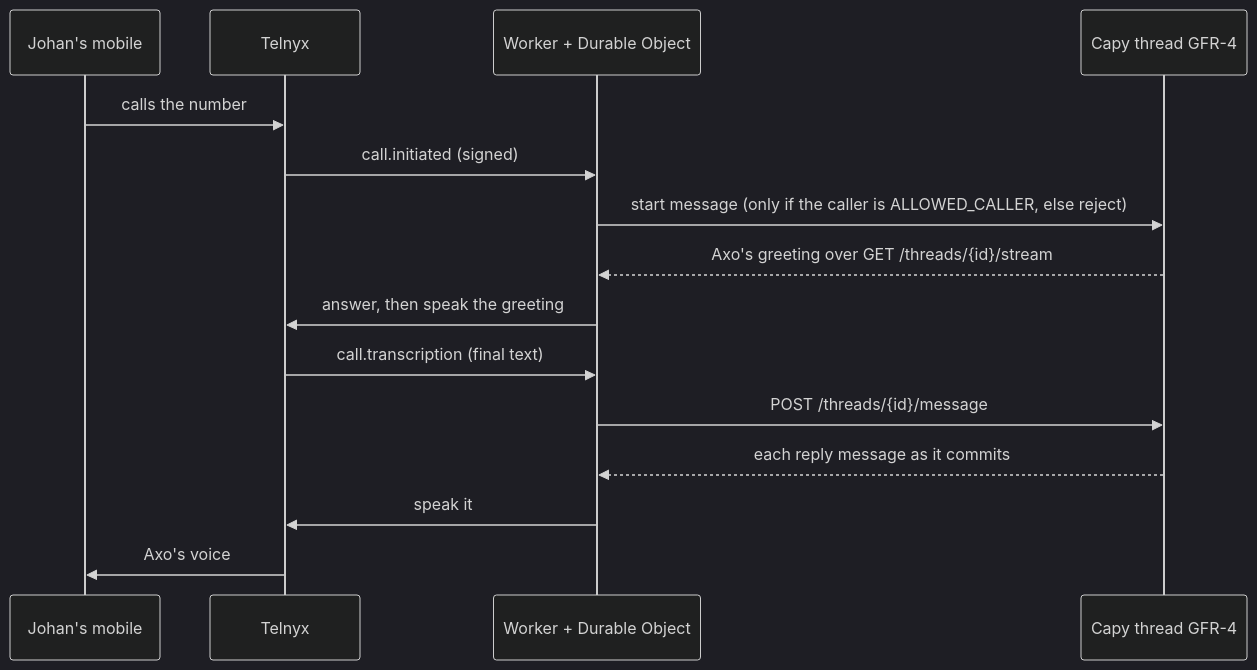
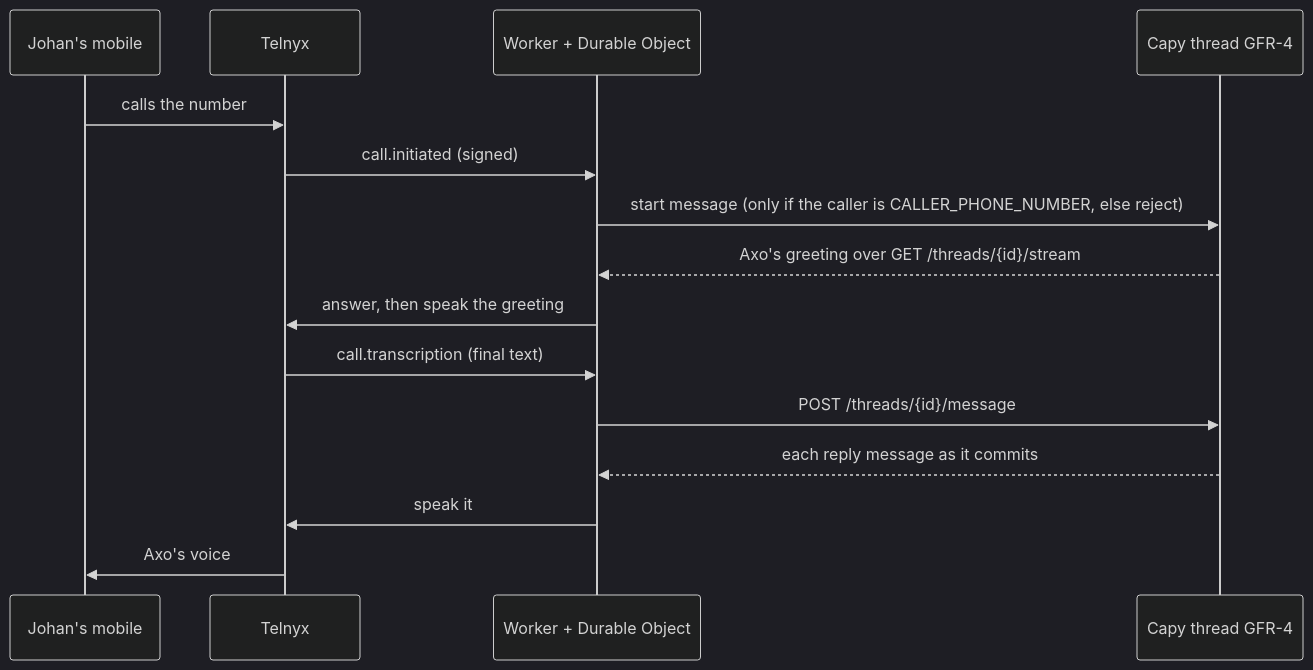
One commit to g4f4r0/g4f4r0 changed the diagram in phone-bridge/README.md. Above: the diagram before and after it, drawn with Mermaid (dark theme). The commit also changed other lines of this file and 6 other files, not shown here.

````diff
--- a/phone-bridge/README.md
+++ b/phone-bridge/README.md
@@ -6,17 +6,17 @@
 ```mermaid
 sequenceDiagram
   participant J as Johan's mobile
   participant T as Telnyx
   participant W as Worker + Durable Object
   participant C as Capy thread GFR-4
   J->>T: calls the number
   T->>W: call.initiated (signed)
-  W->>C: start message (only if the caller is ALLOWED_CALLER, else reject)
+  W->>C: start message (only if the caller is CALLER_PHONE_NUMBER, else reject)
   C-->>W: Axo's greeting over GET /threads/{id}/stream
   W->>T: answer, then speak the greeting
   T->>W: call.transcription (final text)
   W->>C: POST /threads/{id}/message
   C-->>W: each reply message as it commits
   W->>T: speak it
   T->>J: Axo's voice
 ```
````
